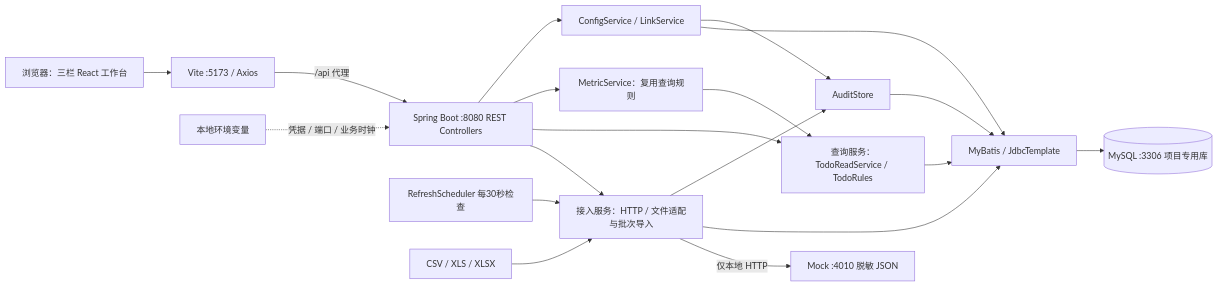
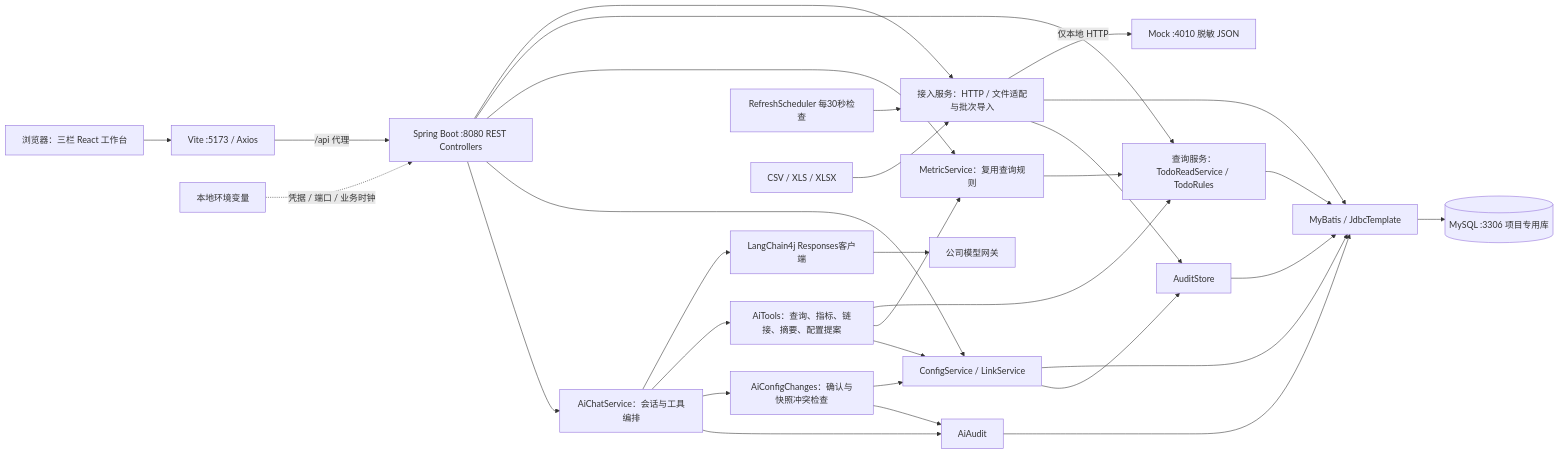
The first of 3 diagrams in docs/round-2-audit-and-validation.md (xianspiderman/CVTE-), drawn with Mermaid before and after one commit. The commit also changed other lines of this file and 4 other files, not shown here.

````diff
--- a/docs/round-2-audit-and-validation.md
+++ b/docs/round-2-audit-and-validation.md
@@ -29,21 +29,33 @@
 ```mermaid
 flowchart LR
   U[浏览器：三栏 React 工作台] --> V[Vite :5173 / Axios]
   V -->|/api 代理| C[Spring Boot :8080 REST Controllers]
   C --> I[接入服务：HTTP / 文件适配与批次导入]
   C --> R[查询服务：TodoReadService / TodoRules]
   C --> M[MetricService：复用查询规则]
   C --> K[ConfigService / LinkService]
   M --> R
+  C --> AI[AiChatService：会话与工具编排]
+  AI --> LC[LangChain4j Responses客户端]
+  LC --> GW[公司模型网关]
+  AI --> T[AiTools：查询、指标、链接、摘要、配置提案]
+  T --> R
+  T --> M
+  T --> K
+  AI --> CONF[AiConfigChanges：确认与快照冲突检查]
+  CONF --> K
+  AI --> AL[AiAudit]
+  CONF --> AL
+  AL --> P
   I -->|仅本地 HTTP| H[Mock :4010 脱敏 JSON]
   I --> P[MyBatis / JdbcTemplate]
   R --> P
   K --> P
   I --> A[AuditStore]
   K --> A
   A --> P
   P --> D[(MySQL :3306 项目专用库)]
   S[RefreshScheduler 每30秒检查] --> I
   F[CSV / XLS / XLSX] --> I
   E[本地环境变量] -.凭据 / 端口 / 业务时钟.-> C
 ```
````
